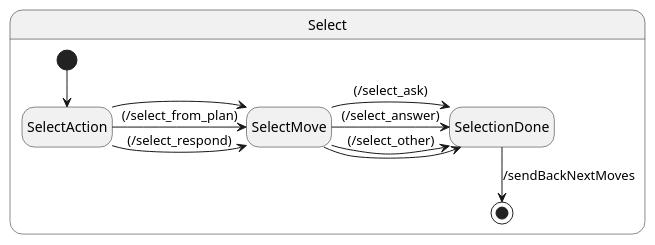
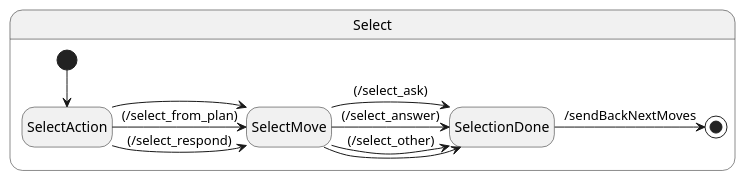
The third of 4 diagrams in reports/iwsds2025/iwsds2025.org (GU-CLASP/sisu), drawn with PlantUML before and after one commit. The commit also changed other lines of this file and 3 other files, not shown here.

```diff
--- a/reports/iwsds2025/iwsds2025.org
+++ b/reports/iwsds2025/iwsds2025.org
@@ -83,16 +151,16 @@
 #+begin_src plantuml :results value file :file img/select.pdf :exports results
   hide empty description
   state Select {
     state SelectAction
     state SelectMove
     [*] --> SelectAction
     SelectAction -> SelectMove: (/select_respond)
     SelectAction -> SelectMove: (/select_from_plan)
     SelectAction -> SelectMove
     SelectMove -> SelectionDone: (/select_ask)
     SelectMove -> SelectionDone: (/select_answer)
     SelectMove -> SelectionDone: (/select_other)
     SelectMove -> SelectionDone
-    SelectionDone --> [*]: /sendBackNextMoves
+    SelectionDone -> [*]: /sendBackNextMoves
   }
 #+end_src
```
